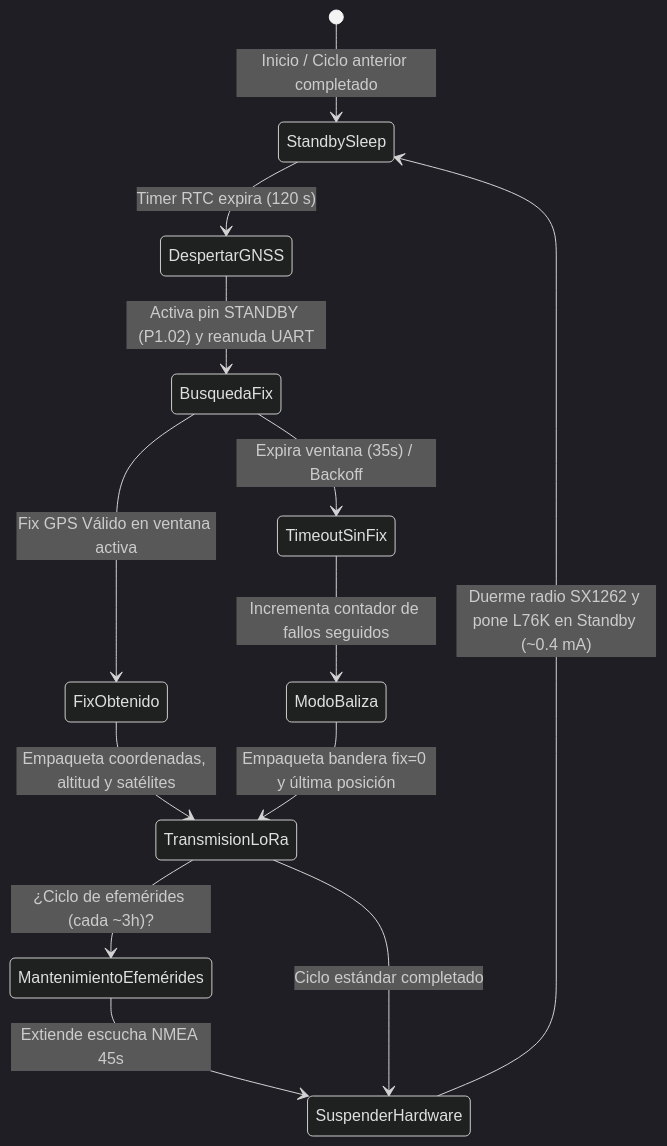
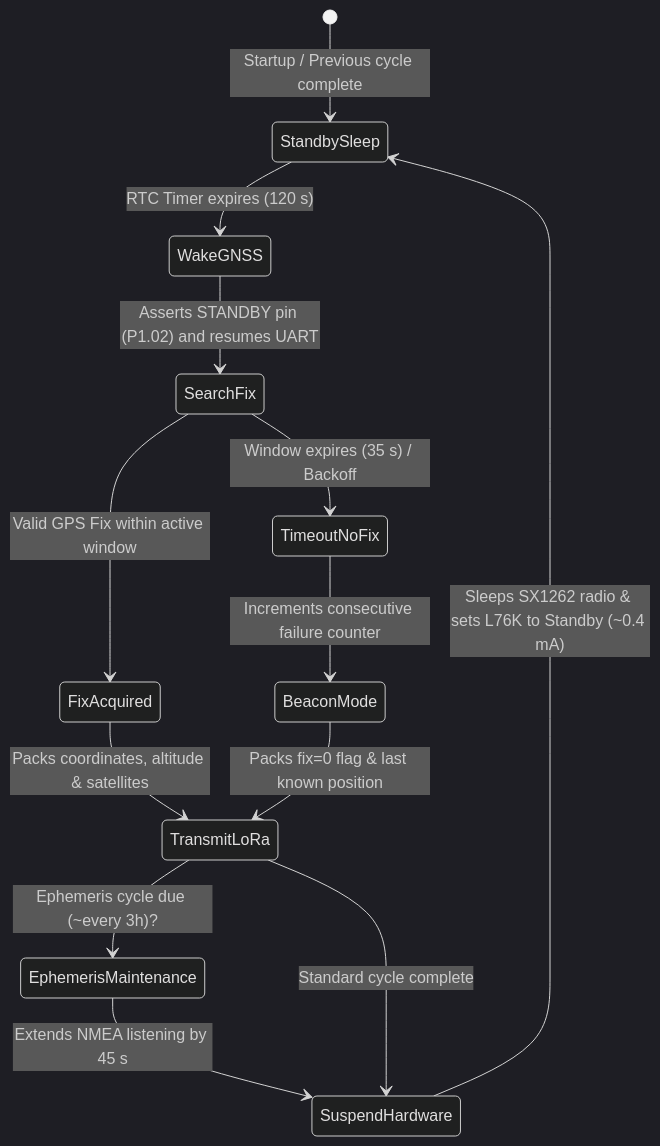
Before and after one commit to Piero16301/Michi_Link: the second of 4 diagrams in README.md, drawn with Mermaid (dark theme). The commit also changed other lines of this file and 3 other files, not shown here.

First line of the commit message:
Document system architecture in English

````diff
--- a/README.md
+++ b/README.md
@@ -199,20 +266,20 @@
 ```mermaid
 stateDiagram-v2
-    [*] --> StandbySleep: Inicio / Ciclo anterior completado
+    [*] --> StandbySleep: Startup / Previous cycle complete
     
-    StandbySleep --> DespertarGNSS: Timer RTC expira (120 s)
-    DespertarGNSS --> BusquedaFix: Activa pin STANDBY (P1.02) y reanuda UART
+    StandbySleep --> WakeGNSS: RTC Timer expires (120 s)
+    WakeGNSS --> SearchFix: Asserts STANDBY pin (P1.02) and resumes UART
     
-    BusquedaFix --> FixObtenido: Fix GPS Válido en ventana activa
-    BusquedaFix --> TimeoutSinFix: Expira ventana (35s) / Backoff
+    SearchFix --> FixAcquired: Valid GPS Fix within active window
+    SearchFix --> TimeoutNoFix: Window expires (35 s) / Backoff
     
-    TimeoutSinFix --> ModoBaliza: Incrementa contador de fallos seguidos
-    FixObtenido --> TransmisionLoRa: Empaqueta coordenadas, altitud y satélites
-    ModoBaliza --> TransmisionLoRa: Empaqueta bandera fix=0 y última posición
+    TimeoutNoFix --> BeaconMode: Increments consecutive failure counter
+    FixAcquired --> TransmitLoRa: Packs coordinates, altitude & satellites
+    BeaconMode --> TransmitLoRa: Packs fix=0 flag & last known position
     
-    TransmisionLoRa --> MantenimientoEfemérides: ¿Ciclo de efemérides (cada ~3h)?
-    MantenimientoEfemérides --> SuspenderHardware: Extiende escucha NMEA 45s
-    TransmisionLoRa --> SuspenderHardware: Ciclo estándar completado
+    TransmitLoRa --> EphemerisMaintenance: Ephemeris cycle due (~every 3h)?
+    EphemerisMaintenance --> SuspendHardware: Extends NMEA listening by 45 s
+    TransmitLoRa --> SuspendHardware: Standard cycle complete
     
-    SuspenderHardware --> StandbySleep: Duerme radio SX1262 y pone L76K en Standby (~0.4 mA)
+    SuspendHardware --> StandbySleep: Sleeps SX1262 radio & sets L76K to Standby (~0.4 mA)
 ```
````
